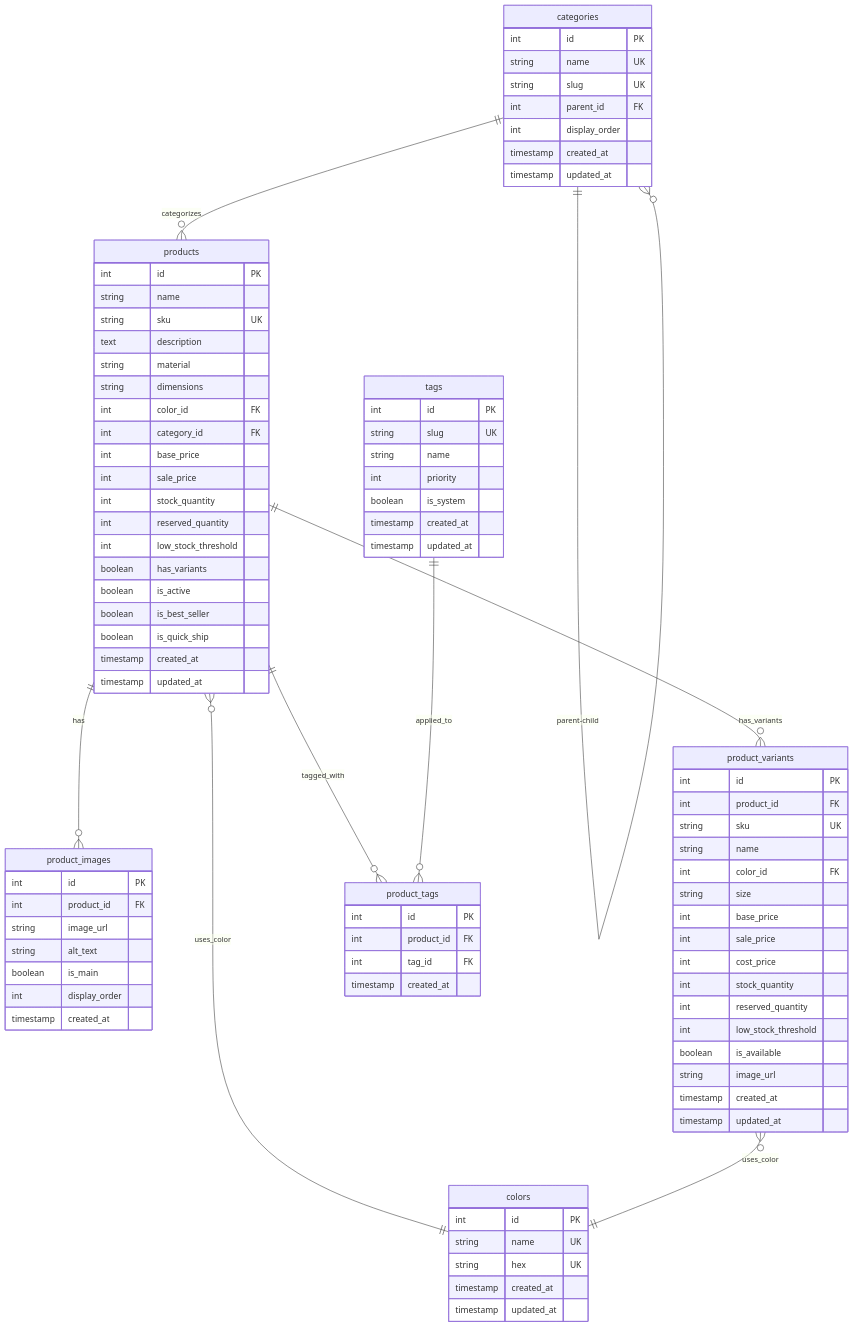
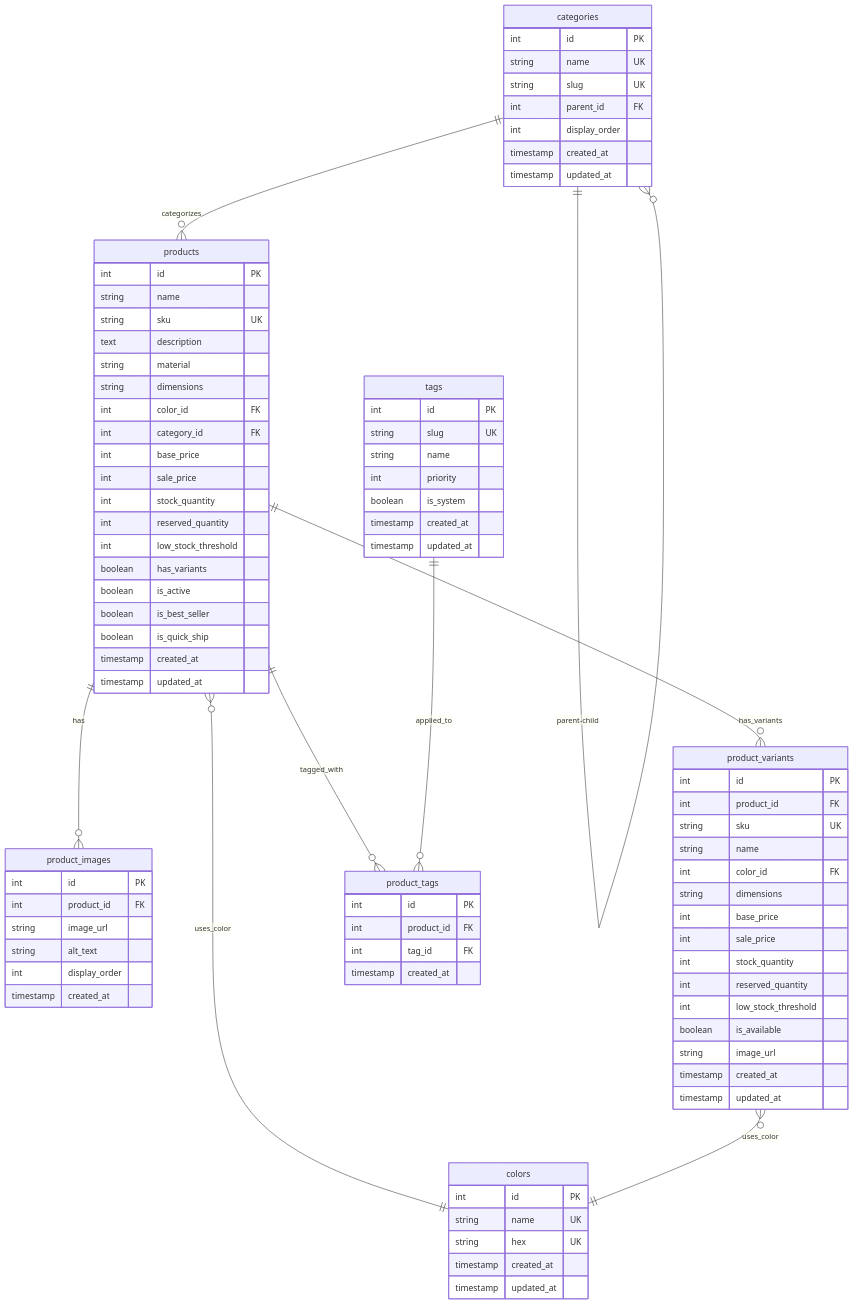
One commit to thundermiracle/ec-rust-ts changed the diagram in app/backend/docs/database-schema.md. Above: the diagram before and after it, drawn with Mermaid. The commit also changed 8 other files, not shown here.

```diff
--- a/app/backend/docs/database-schema.md
+++ b/app/backend/docs/database-schema.md
@@ -66,7 +66,6 @@
         int product_id FK
         string image_url
         string alt_text
-        boolean is_main
         int display_order
         timestamp created_at
     }
@@ -77,10 +76,9 @@
         string sku UK
         string name
         int color_id FK
-        string size
+        string dimensions
         int base_price
         int sale_price
-        int cost_price
         int stock_quantity
         int reserved_quantity
         int low_stock_threshold
```
